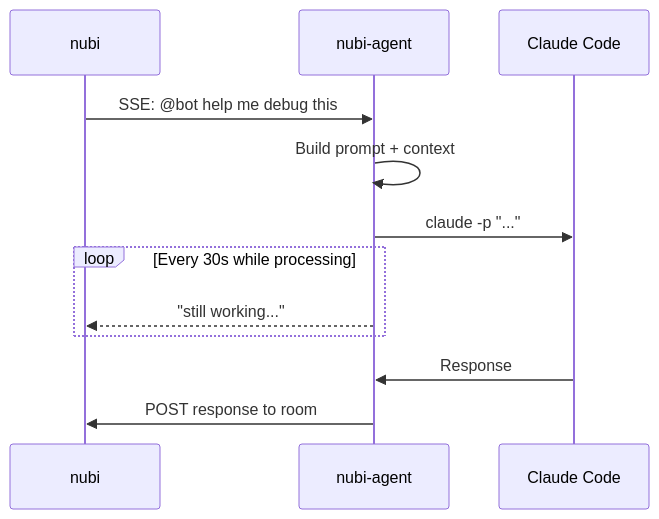
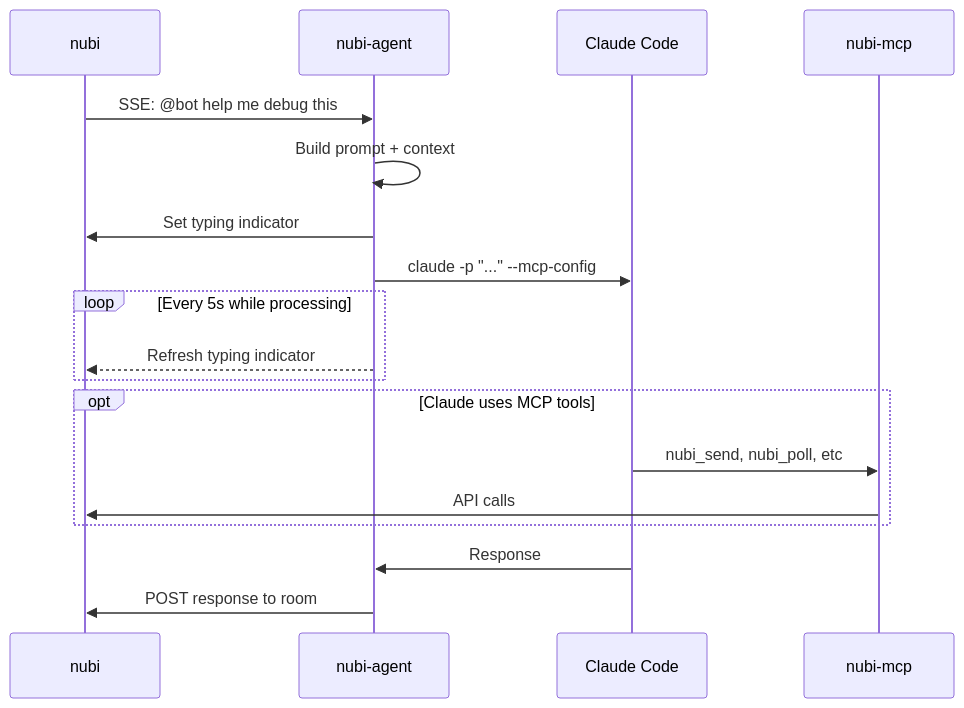
The diagram in README.md (aprdos/nubi-agent), drawn with Mermaid before and after one commit. The commit also changed other lines of this file, not shown here.

Commit message:
docs: fix mermaid diagram - nubi-agent spawns Claude Code, not the other way around
- Added nubi-mcp as participant showing Claude Code → MCP tools flow
- Fixed heartbeat → typing indicator (5s refresh cycle)
- Added flow explanation clarifying nubi-agent as Claude Code wrapper
- Added lib.rs to architecture section

````diff
--- a/README.md
+++ b/README.md
@@ -62,17 +62,24 @@
 ```mermaid
 sequenceDiagram
     participant N as nubi
     participant A as nubi-agent
     participant C as Claude Code
+    participant M as nubi-mcp
 
     N->>A: SSE: @bot help me debug this
     A->>A: Build prompt + context
-    A->>C: claude -p "..."
+    A->>N: Set typing indicator
+    A->>C: claude -p "..." --mcp-config
     
-    loop Every 30s while processing
-        A-->>N: "still working..."
+    loop Every 5s while processing
+        A-->>N: Refresh typing indicator
+    end
+    
+    opt Claude uses MCP tools
+        C->>M: nubi_send, nubi_poll, etc
+        M->>N: API calls
     end
     
     C->>A: Response
     A->>N: POST response to room
 ```
````
